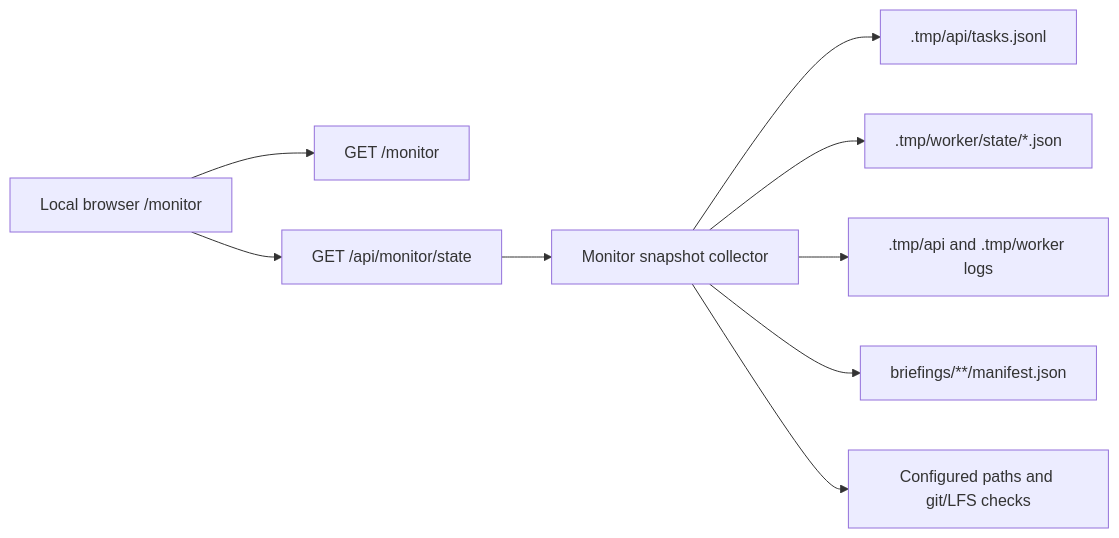
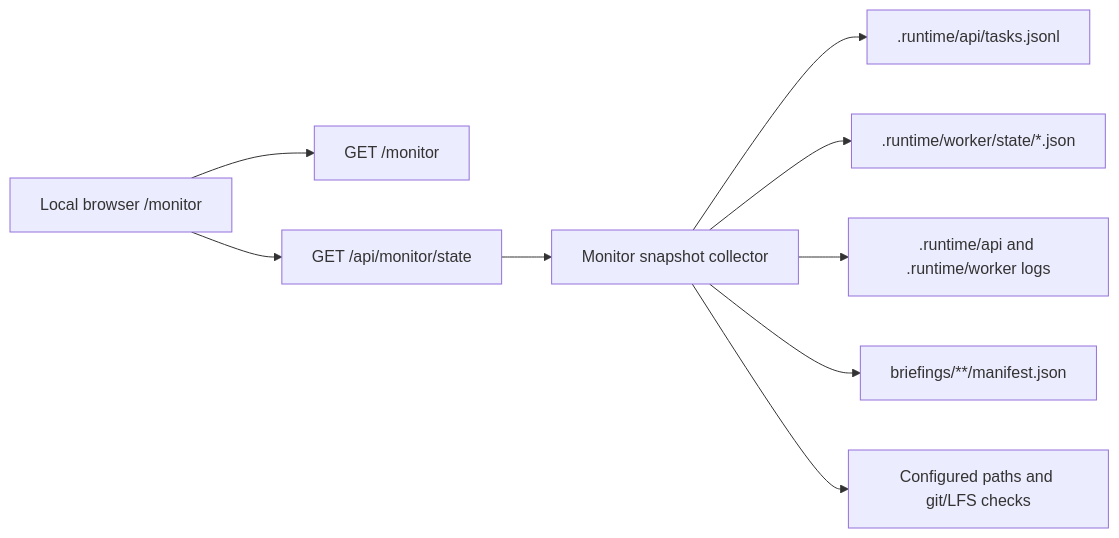
One commit to MozhiJiawei/Mozhi-s-Agent-Service changed the diagram in docs/plans/2026-05-07-001-standard-monitoring-dashboard-plan.md. Above: the diagram before and after it, drawn with Mermaid. The commit also changed other lines of this file and 16 other files, not shown here.

````diff
--- a/docs/plans/2026-05-07-001-standard-monitoring-dashboard-plan.md
+++ b/docs/plans/2026-05-07-001-standard-monitoring-dashboard-plan.md
@@ -168,21 +168,21 @@
 ```mermaid
 flowchart LR
     Browser["Local browser /monitor"]
     Html["GET /monitor"]
     StateApi["GET /api/monitor/state"]
     Collector["Monitor snapshot collector"]
-    Tasks[".tmp/api/tasks.jsonl"]
-    State[".tmp/worker/state/*.json"]
-    Logs[".tmp/api and .tmp/worker logs"]
+  Tasks[".runtime/api/tasks.jsonl"]
+  State[".runtime/worker/state/*.json"]
+  Logs[".runtime/api and .runtime/worker logs"]
     Briefings["briefings/**/manifest.json"]
     Env["Configured paths and git/LFS checks"]
 
     Browser --> Html
     Browser --> StateApi
     StateApi --> Collector
     Collector --> Tasks
     Collector --> State
     Collector --> Logs
     Collector --> Briefings
     Collector --> Env
 ```
````
